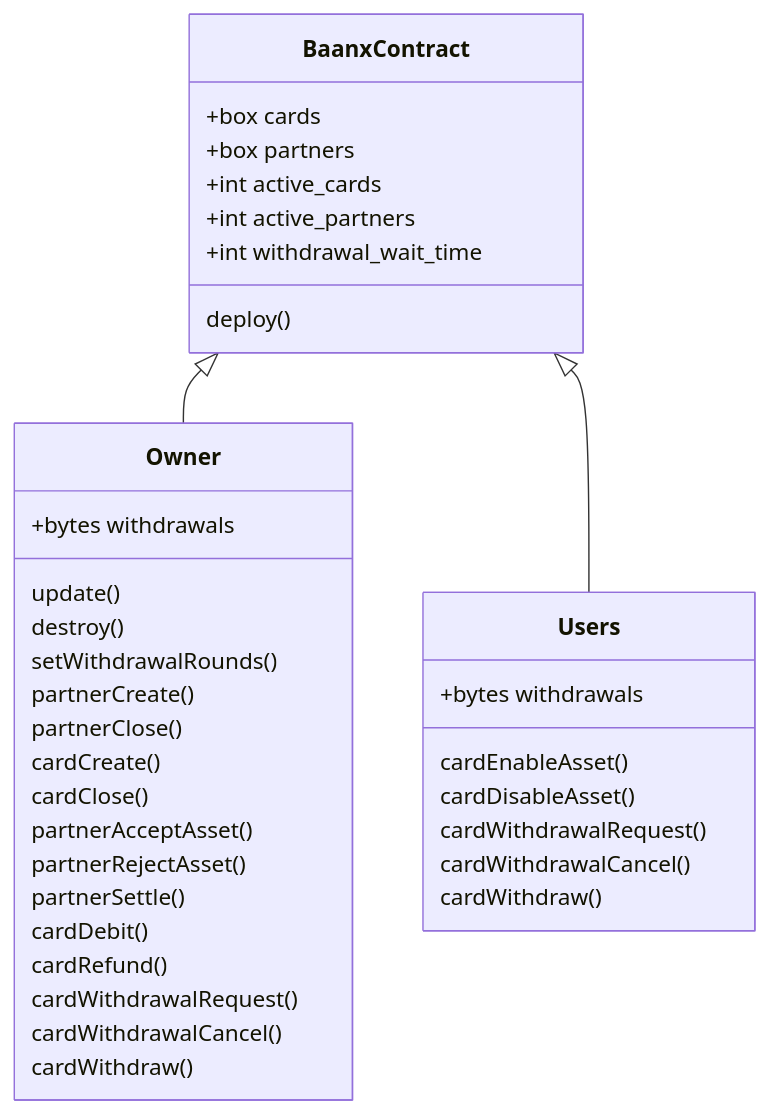
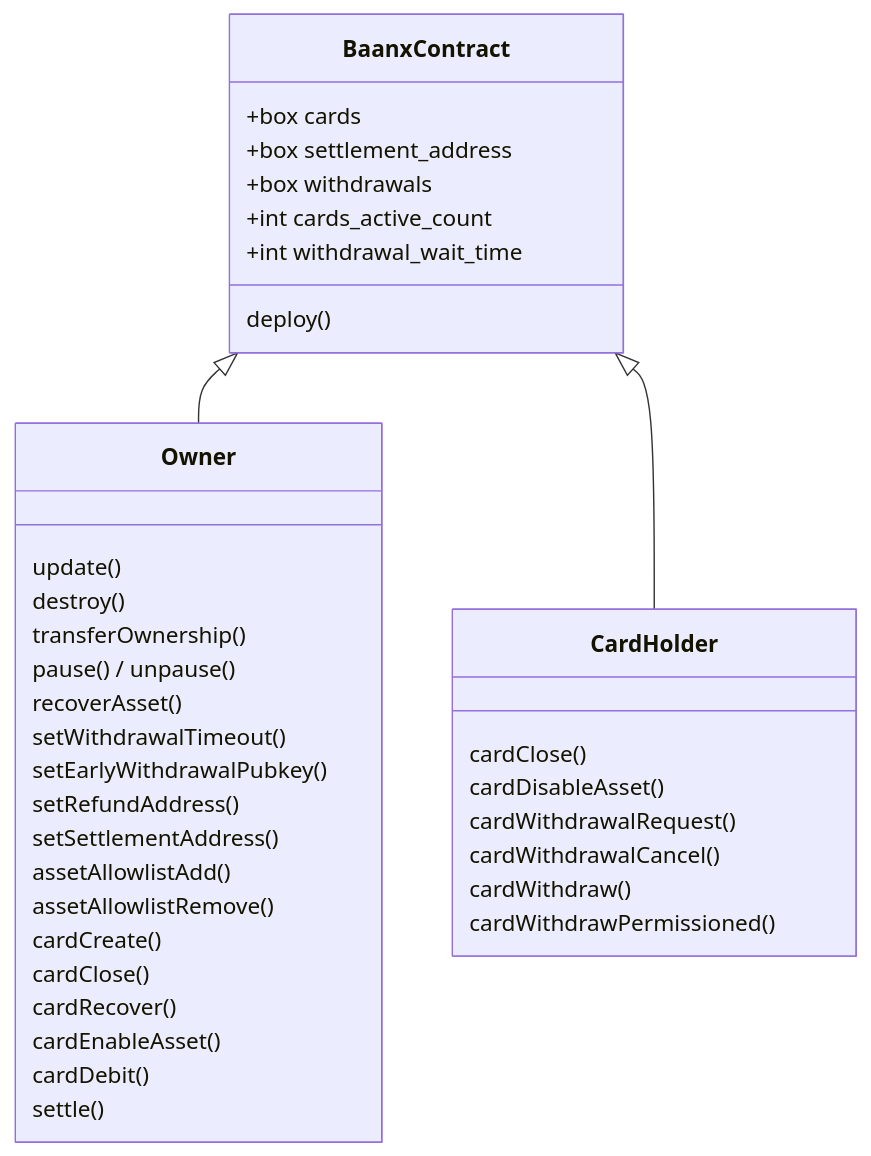
Before and after one commit to funk-af/baanx-contracts: the first of 2 diagrams in README.md, drawn with Mermaid. The commit also changed other lines of this file and 17 other files, not shown here.

````diff
--- a/README.md
+++ b/README.md
@@ -69,40 +157,41 @@
 ```mermaid
 classDiagram
     BaanxContract : +box cards
-    BaanxContract : +box partners
-    BaanxContract : +int active_cards
-    BaanxContract : +int active_partners
+    BaanxContract : +box settlement_address
+    BaanxContract : +box withdrawals
+    BaanxContract : +int cards_active_count
     BaanxContract : +int withdrawal_wait_time
     BaanxContract : deploy()
 
     BaanxContract <|-- Owner
-    BaanxContract <|-- Users
+    BaanxContract <|-- CardHolder
 
     class Owner {
-        +bytes withdrawals
         update()
         destroy()
-        setWithdrawalRounds()
-        partnerCreate()
-        partnerClose()
+        transferOwnership()
+        pause() / unpause()
+        recoverAsset()
+        setWithdrawalTimeout()
+        setEarlyWithdrawalPubkey()
+        setRefundAddress()
+        setSettlementAddress()
+        assetAllowlistAdd()
+        assetAllowlistRemove()
         cardCreate()
         cardClose()
-        partnerAcceptAsset()
-        partnerRejectAsset()
-        partnerSettle()
+        cardRecover()
+        cardEnableAsset()
         cardDebit()
-        cardRefund()
-        cardWithdrawalRequest()
-        cardWithdrawalCancel()
-        cardWithdraw()
+        settle()
     }
 
-    class Users {
-        +bytes withdrawals
-        cardEnableAsset()
+    class CardHolder {
+        cardClose()
         cardDisableAsset()
         cardWithdrawalRequest()
         cardWithdrawalCancel()
         cardWithdraw()
+        cardWithdrawPermissioned()
     }
 ```
````
